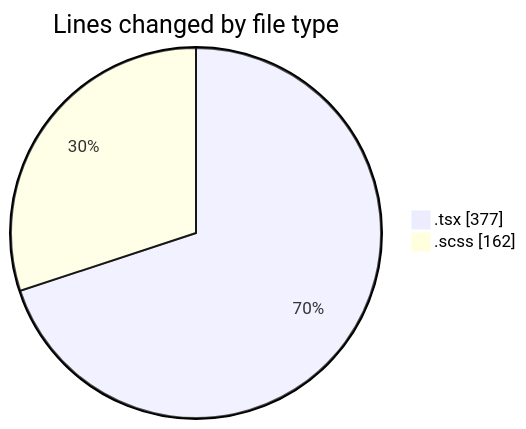
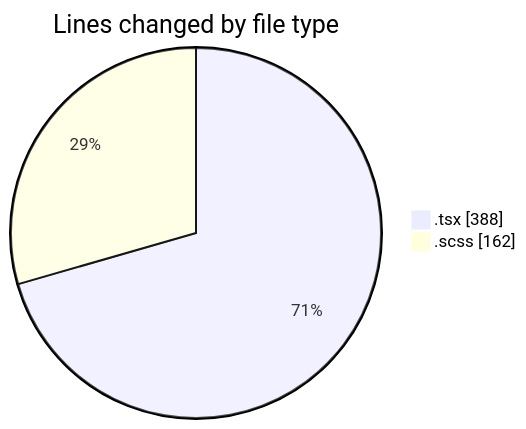
Before and after one commit to momahboobian/code-tracking: the first of 2 diagrams in 2026-04-16/cda/README.md, drawn with Mermaid. The commit also changed other lines of this file and 1 other file, not shown here.

````diff
--- a/2026-04-16/cda/README.md
+++ b/2026-04-16/cda/README.md
@@ -22,6 +22,6 @@
 ```mermaid
 pie showData
 title Lines changed by file type
-".tsx" : 377
+".tsx" : 388
 ".scss" : 162
 ```
````
